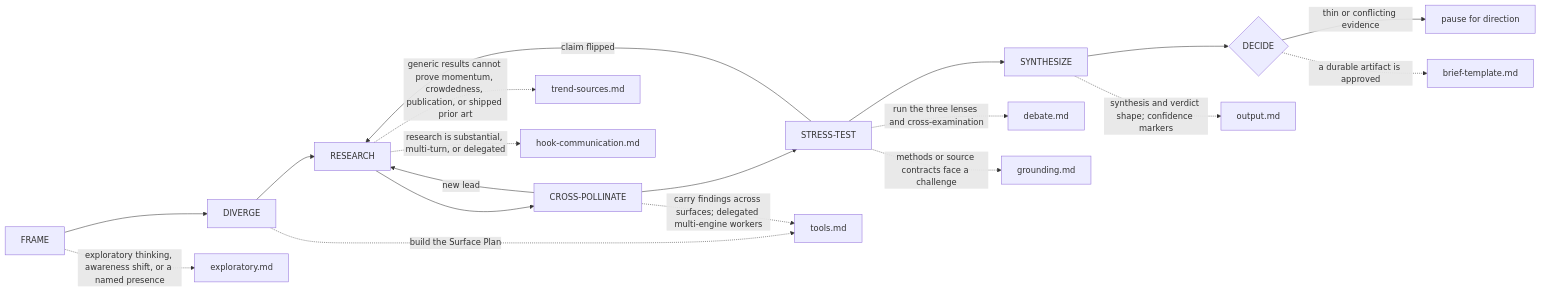
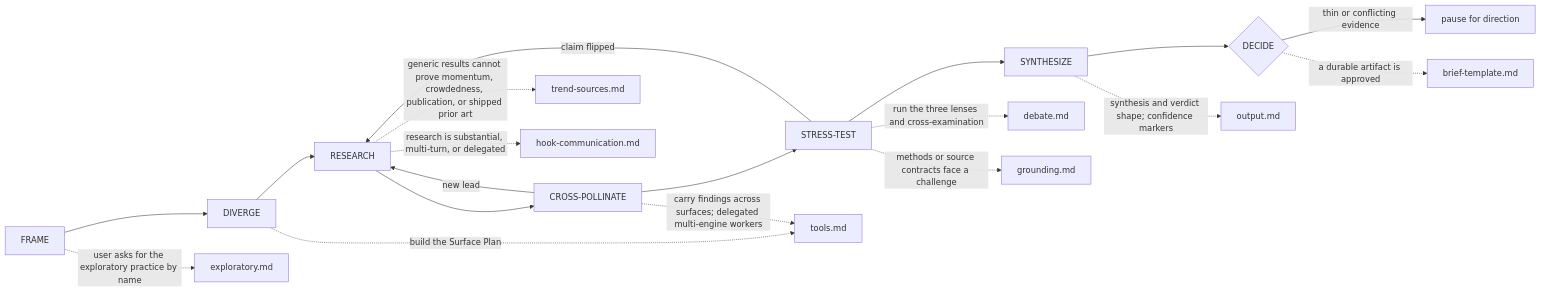
The diagram in skills/octocode-brainstorming/SKILL.md (bgauryy/octocode), drawn with Mermaid before and after one commit. The commit also changed other lines of this file and 982 other files, not shown here.

````diff
--- a/skills/octocode-brainstorming/SKILL.md
+++ b/skills/octocode-brainstorming/SKILL.md
@@ -12,16 +12,16 @@
 ```mermaid
 flowchart LR
   F["FRAME"] --> D["DIVERGE"] --> R["RESEARCH"] --> X["CROSS-POLLINATE"] --> T["STRESS-TEST"] --> S["SYNTHESIZE"] --> G{"DECIDE"}
   X -- "new lead" --> R
   T -- "claim flipped" --> R
   G -- "thin or conflicting evidence" --> P["pause for direction"]
-  F -. "exploratory thinking, awareness shift, or a named presence" .-> EX["exploratory.md"]
+  F -. "user asks for the exploratory practice by name" .-> EX["exploratory.md"]
   D -. "build the Surface Plan" .-> TO["tools.md"]
   X -. "carry findings across surfaces; delegated multi-engine workers" .-> TO
   R -. "generic results cannot prove momentum, crowdedness, publication, or shipped prior art" .-> TS["trend-sources.md"]
   R -. "research is substantial, multi-turn, or delegated" .-> HC["hook-communication.md"]
   T -. "run the three lenses and cross-examination" .-> DB["debate.md"]
   T -. "methods or source contracts face a challenge" .-> GR["grounding.md"]
   S -. "synthesis and verdict shape; confidence markers" .-> OU["output.md"]
   G -. "a durable artifact is approved" .-> BT["brief-template.md"]
 ```
````
